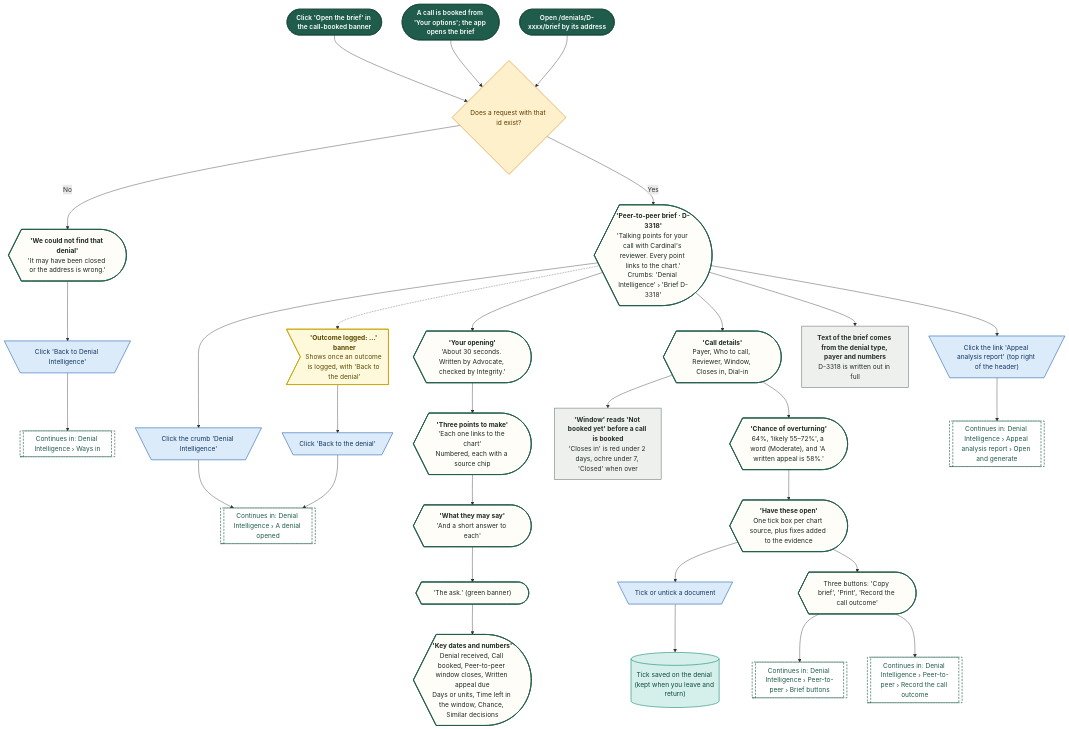
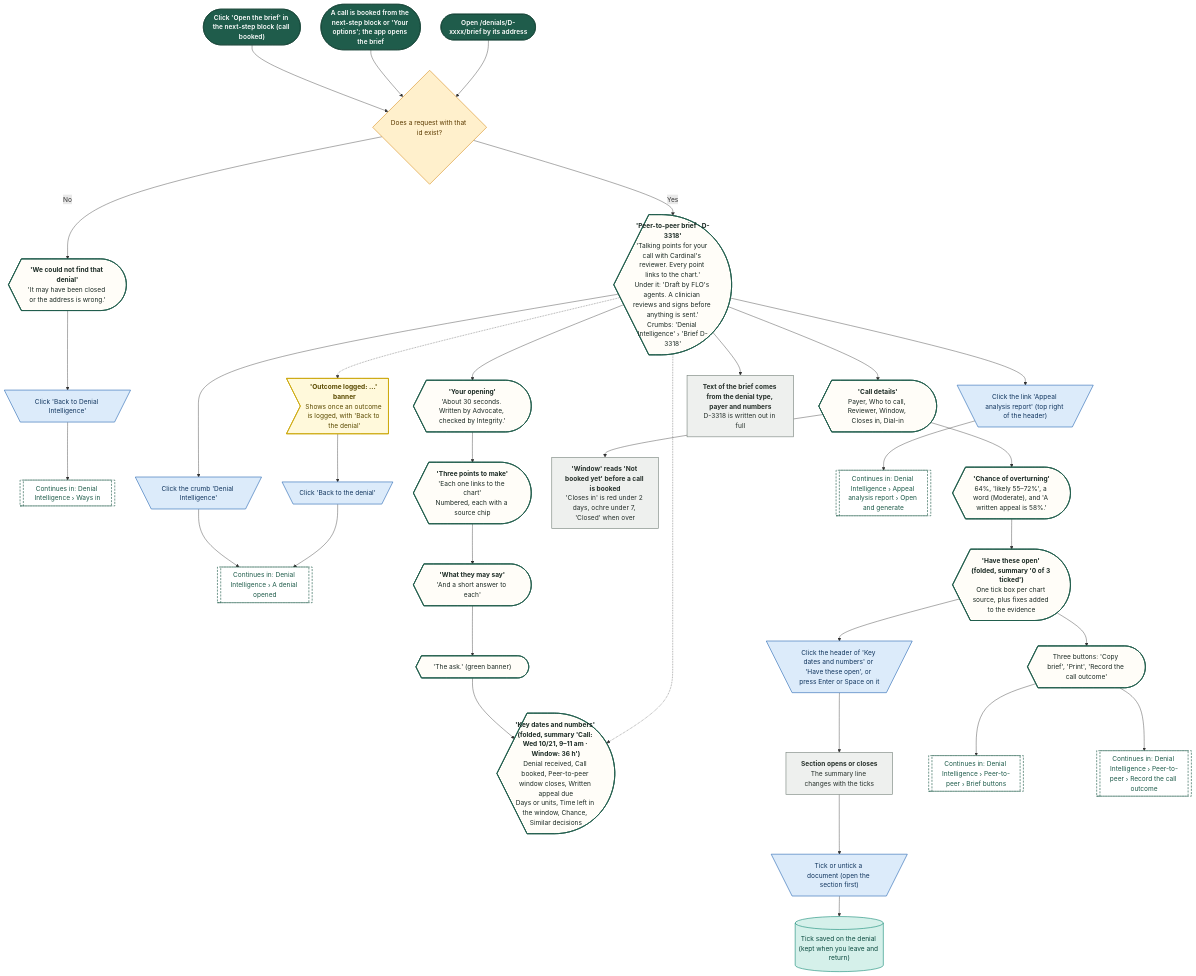
Before and after one commit to Shrav143/psyfloapp: diagram 12 of 27 in demos/prior-auth-demo/workflows/out/md/06-denials.md, drawn with Mermaid. The commit also changed other lines of this file and 192 other files, not shown here.

First line of the commit message:
docs: changelog by sidebar tab; README, diagrams and Settings layout aligned with the refinement; shared InfoTip; referral cost-share line

````diff
--- a/demos/prior-auth-demo/workflows/out/md/06-denials.md
+++ b/demos/prior-auth-demo/workflows/out/md/06-denials.md
@@ -892,71 +916,74 @@
 ```mermaid
 %%{init: {"theme":"base","themeVariables":{"fontFamily":"'DM Sans', 'Segoe UI', system-ui, sans-serif","fontSize":"15px","lineColor":"#5B6B63","primaryTextColor":"#1C2B25","clusterBkg":"#FBF8F3","clusterBorder":"#D9CDBB","edgeLabelBackground":"#FFFFFF"},"flowchart":{"curve":"basis","nodeSpacing":36,"rankSpacing":48,"padding":12,"htmlLabels":true,"useMaxWidth":false,"wrappingWidth":230}} }%%
 flowchart TD
   classDef k_start fill:#1F5C4B,stroke:#174638,color:#FFFFFF,stroke-width:1.5px,font-weight:600
   classDef k_end fill:#DDEFE3,stroke:#2E7D4F,color:#14502F,stroke-width:1.5px,font-weight:600
   classDef k_endx fill:#FBE3E0,stroke:#C0392B,color:#7A1F16,stroke-width:1.5px,font-weight:600
   classDef k_screen fill:#FFFDF8,stroke:#1F5C4B,color:#1C2B25,stroke-width:2px
   classDef k_overlay fill:#F1F7F3,stroke:#1F5C4B,color:#1C2B25,stroke-width:2px,stroke-dasharray:5 3
   classDef k_click fill:#DCEBFA,stroke:#2F6DB5,color:#12365F,stroke-width:1.5px
   classDef k_input fill:#E4E7FF,stroke:#4C5FD5,color:#1D2670,stroke-width:1.5px
   classDef k_process fill:#EEF0EE,stroke:#7A857F,color:#26302B,stroke-width:1.5px
   classDef k_agent fill:#EEE5FA,stroke:#7A4FC2,color:#341A63,stroke-width:1.5px
   classDef k_decision fill:#FFF0CC,stroke:#D9962B,color:#5C3B00,stroke-width:1.5px
   classDef k_store fill:#D5F0EA,stroke:#1C8E7B,color:#0B4A3F,stroke-width:1.5px
   classDef k_doc fill:#F6E9DC,stroke:#B07A4C,color:#4A2E14,stroke-width:1.5px
   classDef k_ext fill:#FFE6D2,stroke:#E07B39,color:#6B2F06,stroke-width:1.5px
   classDef k_wait fill:#E4E8EE,stroke:#6B7C93,color:#26303D,stroke-width:1.5px
   classDef k_toast fill:#FFF9DB,stroke:#C9A400,color:#5A4A00,stroke-width:1.5px
   classDef k_goto fill:#FFFFFF,stroke:#1F5C4B,color:#1F5C4B,stroke-width:1.5px,stroke-dasharray:5 3
-  s1@{ shape: stadium, label: "Click 'Open the brief' in the call-booked banner" }
-  s2@{ shape: stadium, label: "A call is booked from 'Your options'; the app opens the brief" }
+  s1@{ shape: stadium, label: "Click 'Open the brief' in the next-step block (call booked)" }
+  s2@{ shape: stadium, label: "A call is booked from the next-step block or 'Your options'; the app opens the brief" }
   s3@{ shape: stadium, label: "Open /denials/D-xxxx/brief by its address" }
   d1@{ shape: diam, label: "Does a request with that id exist?" }
   e1@{ shape: curv-trap, label: "<b>'We could not find that denial'</b><br/>'It may have been closed or the address is wrong.'" }
   c0@{ shape: trap-t, label: "Click 'Back to Denial Intelligence'" }
   g0@{ shape: subproc, label: "Continues in: Denial Intelligence › Ways in" }
-  sc1@{ shape: curv-trap, label: "<b>'Peer-to-peer brief · D-3318'</b><br/>'Talking points for your call with Cardinal's reviewer. Every point links to the chart.'<br/>Crumbs: 'Denial Intelligence' › 'Brief D-3318'" }
+  sc1@{ shape: curv-trap, label: "<b>'Peer-to-peer brief · D-3318'</b><br/>'Talking points for your call with Cardinal's reviewer. Every point links to the chart.'<br/>Under it: 'Draft by FLO's agents. A clinician reviews and signs before anything is sent.'<br/>Crumbs: 'Denial Intelligence' › 'Brief D-3318'" }
   c1@{ shape: trap-t, label: "Click the crumb 'Denial Intelligence'" }
   g1@{ shape: subproc, label: "Continues in: Denial Intelligence › A denial opened" }
   b1@{ shape: odd, label: "<b>'Outcome logged: ...' banner</b><br/>Shows once an outcome is logged, with 'Back to the denial'" }
   c2@{ shape: trap-t, label: "Click 'Back to the denial'" }
   l1@{ shape: curv-trap, label: "<b>'Your opening'</b><br/>'About 30 seconds. Written by Advocate, checked by Integrity.'" }
   l2@{ shape: curv-trap, label: "<b>'Three points to make'</b><br/>'Each one links to the chart'<br/>Numbered, each with a source chip" }
   l3@{ shape: curv-trap, label: "<b>'What they may say'</b><br/>'And a short answer to each'" }
   l4@{ shape: curv-trap, label: "'The ask.' (green banner)" }
-  l5@{ shape: curv-trap, label: "<b>'Key dates and numbers'</b><br/>Denial received, Call booked, Peer-to-peer window closes, Written appeal due<br/>Days or units, Time left in the window, Chance, Similar decisions" }
+  l5@{ shape: curv-trap, label: "<b>'Key dates and numbers' (folded, summary 'Call: Wed 10/21, 9–11 am · Window: 36 h')</b><br/>Denial received, Call booked, Peer-to-peer window closes, Written appeal due<br/>Days or units, Time left in the window, Chance, Similar decisions" }
   r1@{ shape: curv-trap, label: "<b>'Call details'</b><br/>Payer, Who to call, Reviewer, Window, Closes in, Dial-in" }
   p1@{ shape: rect, label: "<b>'Window' reads 'Not booked yet' before a call is booked</b><br/>'Closes in' is red under 2 days, ochre under 7, 'Closed' when over" }
   r2@{ shape: curv-trap, label: "<b>'Chance of overturning'</b><br/>64%, 'likely 55–72%', a word (Moderate), and 'A written appeal is 58%.'" }
-  r3@{ shape: curv-trap, label: "<b>'Have these open'</b><br/>One tick box per chart source, plus fixes added to the evidence" }
-  c3@{ shape: trap-t, label: "Tick or untick a document" }
+  r3@{ shape: curv-trap, label: "<b>'Have these open' (folded, summary '0 of 3 ticked')</b><br/>One tick box per chart source, plus fixes added to the evidence" }
+  cf@{ shape: trap-t, label: "Click the header of 'Key dates and numbers' or 'Have these open', or press Enter or Space on it" }
+  pf@{ shape: rect, label: "<b>Section opens or closes</b><br/>The summary line changes with the ticks" }
+  c3@{ shape: trap-t, label: "Tick or untick a document (open the section first)" }
   st1@{ shape: cyl, label: "Tick saved on the denial (kept when you leave and return)" }
   r4@{ shape: curv-trap, label: "Three buttons: 'Copy brief', 'Print', 'Record the call outcome'" }
   g2@{ shape: subproc, label: "Continues in: Denial Intelligence › Peer-to-peer › Brief buttons" }
   g3@{ shape: subproc, label: "Continues in: Denial Intelligence › Peer-to-peer › Record the call outcome" }
   c4@{ shape: trap-t, label: "Click the link 'Appeal analysis report' (top right of the header)" }
   g4@{ shape: subproc, label: "Continues in: Denial Intelligence › Appeal analysis report › Open and generate" }
   p0@{ shape: rect, label: "<b>Text of the brief comes from the denial type, payer and numbers</b><br/>D-3318 is written out in full" }
   s1 --> d1
   s2 --> d1
   s3 --> d1
   d1 -->|"No"| e1 --> c0 --> g0
   d1 -->|"Yes"| sc1
   sc1 --> p0
   sc1 --> c1 --> g1
   sc1 --> c4 --> g4
   sc1 -.-> b1 --> c2 --> g1
   sc1 --> l1 --> l2 --> l3 --> l4 --> l5
   sc1 --> r1 --> p1
-  r1 --> r2 --> r3 --> c3 --> st1
+  r1 --> r2 --> r3 --> cf --> pf --> c3 --> st1
+  sc1 -.-> l5
   r3 --> r4 --> g2
   r4 --> g3
   class s1,s2,s3 k_start
   class d1 k_decision
   class e1,sc1,l1,l2,l3,l4,l5,r1,r2,r3,r4 k_screen
-  class c0,c1,c2,c3,c4 k_click
+  class c0,c1,c2,cf,c3,c4 k_click
   class g0,g1,g2,g3,g4 k_goto
   class b1 k_toast
-  class p1,p0 k_process
+  class p1,pf,p0 k_process
   class st1 k_store
 ```
````
